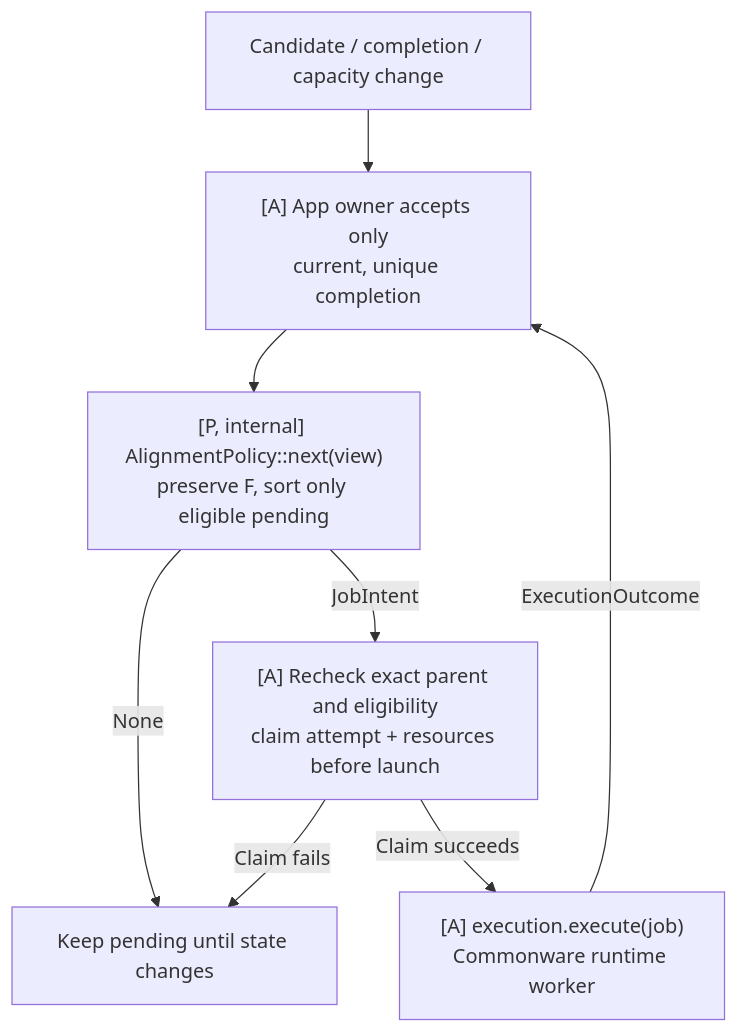
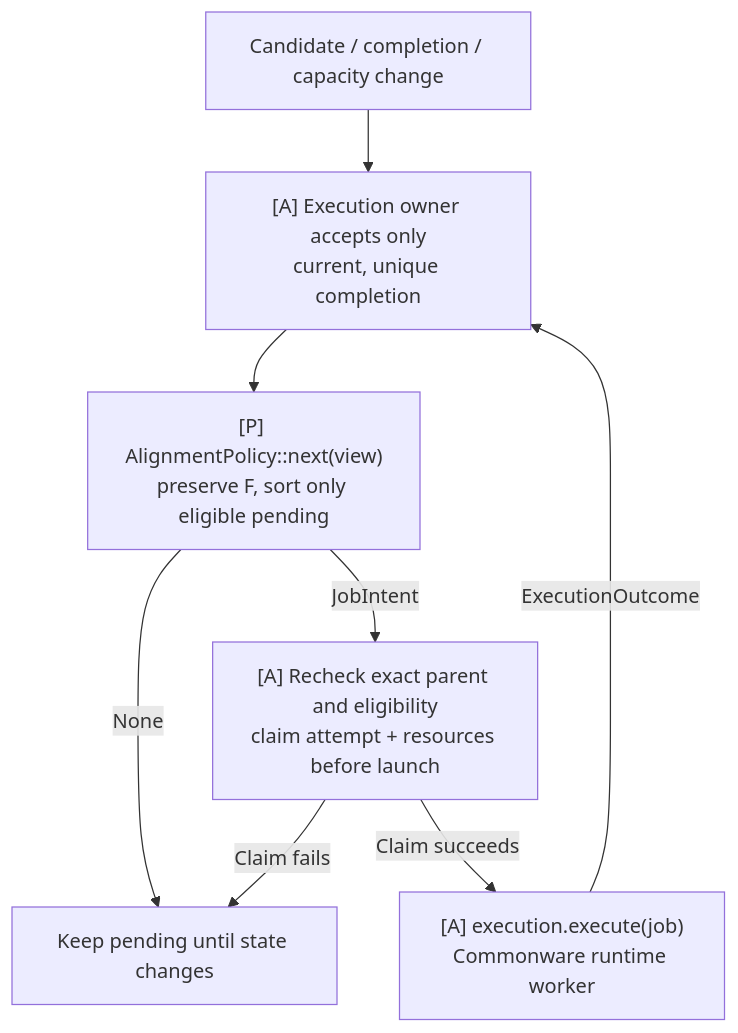
One commit to djm07073/baton changed the diagram in docs/assets/diagrams/diagram-50.mmd. Above: the diagram before and after it, drawn with Mermaid. The commit also changed 4086 other files, not shown here.

```diff
--- a/docs/assets/diagrams/diagram-50.mmd
+++ b/docs/assets/diagrams/diagram-50.mmd
@@ -1,8 +1,8 @@
 flowchart TB
-    W["Candidate / completion / capacity change"] --> A["[A] App owner accepts only<br/>current, unique completion"]
-    A --> N["[P, internal] AlignmentPolicy::next(view)<br/>preserve F, sort only eligible pending"]
+    W["Candidate / completion / capacity change"] --> A["[A] Execution owner accepts only<br/>current, unique completion"]
+    A --> N["[P] AlignmentPolicy::next(view)<br/>preserve F, sort only eligible pending"]
     N -->|"None"| P["Keep pending until state changes"]
     N -->|"JobIntent"| C["[A] Recheck exact parent and eligibility<br/>claim attempt + resources before launch"]
     C -->|"Claim fails"| P
     C -->|"Claim succeeds"| E["[A] execution.execute(job)<br/>Commonware runtime worker"]
     E -->|"ExecutionOutcome"| A
```
